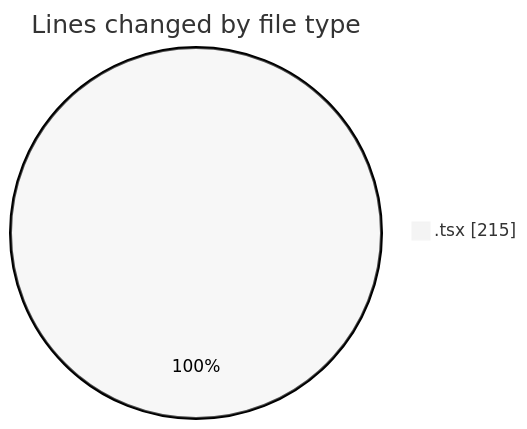
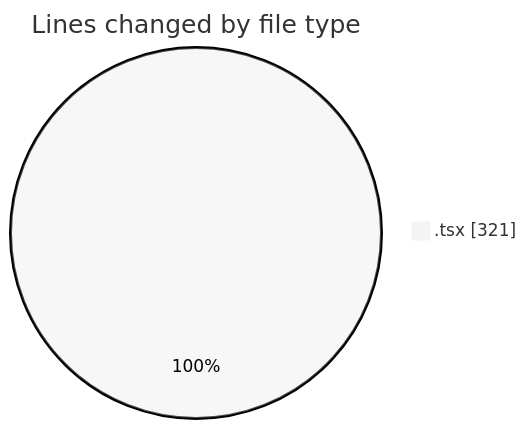
One commit to JenPaints/code-tracking changed the first of 2 diagrams in 2025-05-28/kimberly-groups/README.md. Above: the diagram before and after it, drawn with Mermaid (neutral theme). The commit also changed other lines of this file and 1 other file, not shown here.

````diff
--- a/2025-05-28/kimberly-groups/README.md
+++ b/2025-05-28/kimberly-groups/README.md
@@ -21,5 +22,5 @@
 ```mermaid
 pie showData
 title Lines changed by file type
-".tsx" : 215
+".tsx" : 321
 ```
````
